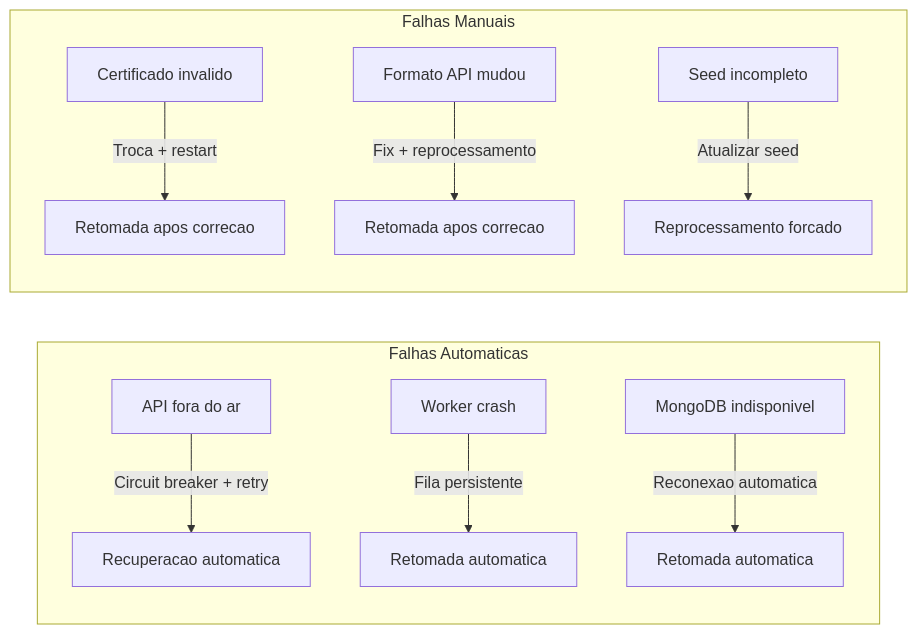
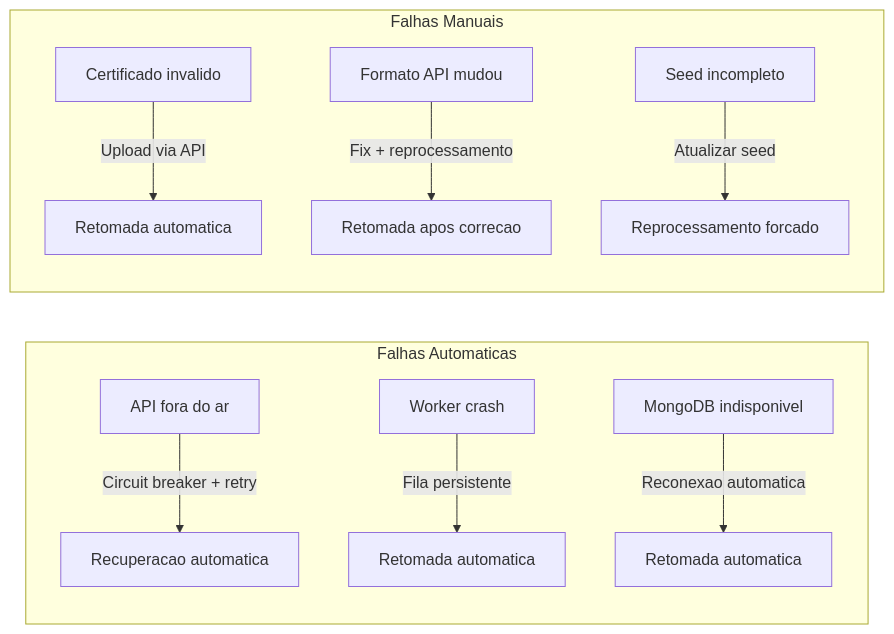
One commit to john182/poc-open-spec changed the eighth of 8 diagrams in docs/worker-strategy.md. Above: the diagram before and after it, drawn with Mermaid. The commit also changed other lines of this file and 226 other files, not shown here.

````diff
--- a/docs/worker-strategy.md
+++ b/docs/worker-strategy.md
@@ -851,14 +846,14 @@
 ```mermaid
 flowchart LR
     subgraph Falhas Automaticas
         A[API fora do ar] -->|Circuit breaker + retry| R1[Recuperacao automatica]
         B[Worker crash] -->|Fila persistente| R2[Retomada automatica]
         C[MongoDB indisponivel] -->|Reconexao automatica| R3[Retomada automatica]
     end
 
     subgraph Falhas Manuais
-        D[Certificado invalido] -->|Troca + restart| R4[Retomada apos correcao]
+        D[Certificado invalido] -->|Upload via API| R4[Retomada automatica]
         E[Formato API mudou] -->|Fix + reprocessamento| R5[Retomada apos correcao]
         F[Seed incompleto] -->|Atualizar seed| R6[Reprocessamento forcado]
     end
 ```
````
